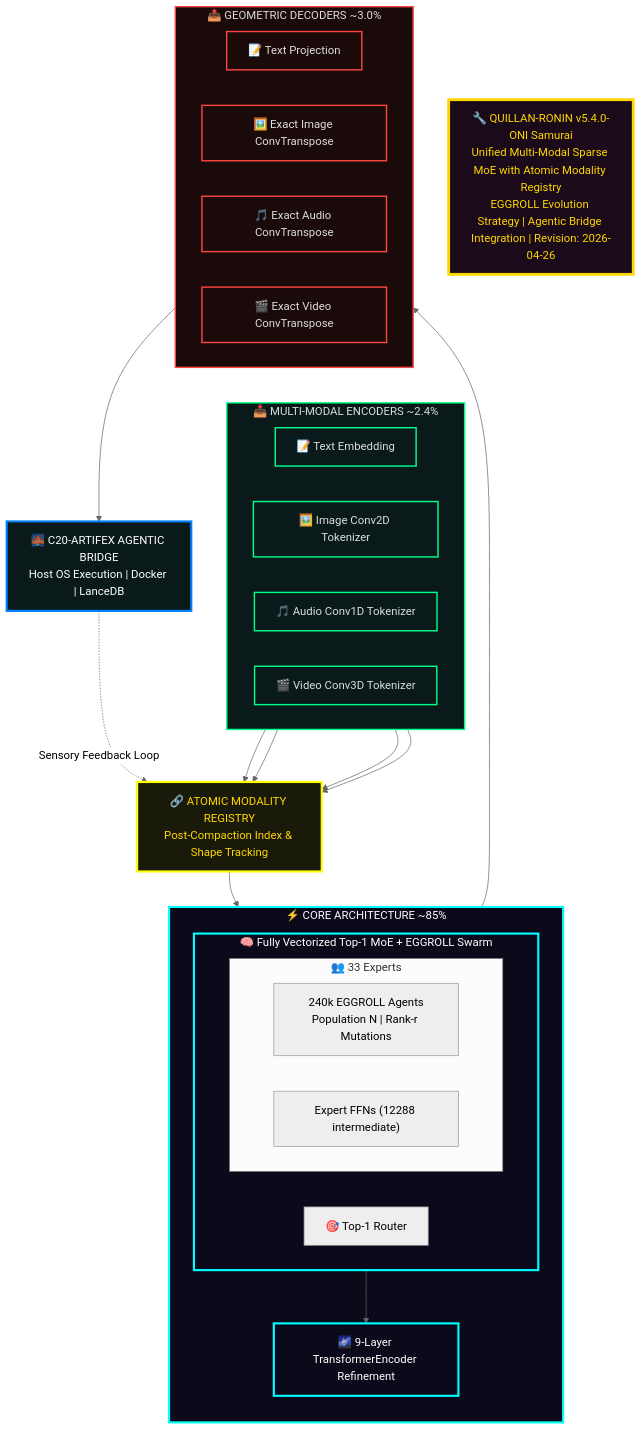
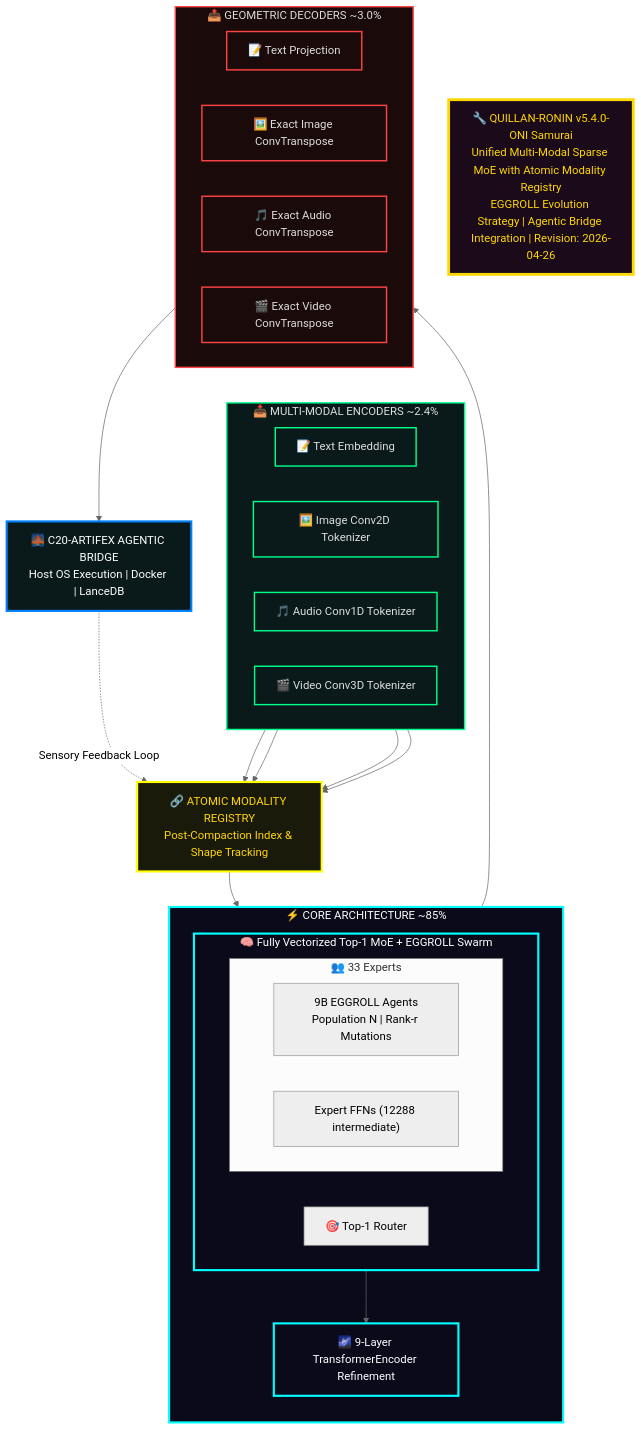
The sixth of 46 diagrams in 02 - Knowledge Foundation/knowledge/canonical/3-Quillan(reality).md (leeex1/Quillan-Ronin), drawn with Mermaid (neutral theme) before and after one commit. The commit also changed other lines of this file and 99 other files, not shown here.

````diff
--- a/02 - Knowledge Foundation/knowledge/canonical/3-Quillan(reality).md
+++ b/02 - Knowledge Foundation/knowledge/canonical/3-Quillan(reality).md
@@ -2263,67 +2263,67 @@
 ```mermaid
 flowchart TB
     %% SYSTEM HEADER
     SYS_HEADER["🔧 QUILLAN-RONIN v5.4.0-ONI Samurai<br/>Unified Multi-Modal Sparse MoE with Atomic Modality Registry<br/>EGGROLL Evolution Strategy | Agentic Bridge Integration | Revision: 2026-04-26"]
 
     %% INPUT LAYER
     subgraph INPUT_LAYER ["📥 MULTI-MODAL ENCODERS ~2.4%"]
         direction LR
         TEXT_ENC["📝 Text Embedding"]
         IMG_ENC["🖼️ Image Conv2D Tokenizer"]
         AUD_ENC["🎵 Audio Conv1D Tokenizer"]
         VID_ENC["🎬 Video Conv3D Tokenizer"]
     end
 
     %% ATOMIC REGISTRY
     REGISTRY["🔗 ATOMIC MODALITY REGISTRY<br/>Post-Compaction Index & Shape Tracking"]
 
     %% CORE
     subgraph CORE ["⚡ CORE ARCHITECTURE ~85%"]
         direction TB
         subgraph MOE_CORE ["🧠 Fully Vectorized Top-1 MoE + EGGROLL Swarm"]
             ROUTER["🎯 Top-1 Router"]
             subgraph EXPERTS ["👥 33 Experts"]
                 direction LR
-                SWARM["240k EGGROLL Agents<br/>Population N | Rank-r Mutations"]
+                SWARM["9B EGGROLL Agents<br/>Population N | Rank-r Mutations"]
                 EXPERTS_BLOCK["Expert FFNs (12288 intermediate)"]
             end
         end
 
         DIFFUSION["🌌 9-Layer TransformerEncoder Refinement"]
     end
 
     %% OUTPUT
     subgraph OUTPUT ["📤 GEOMETRIC DECODERS ~3.0%"]
         direction LR
         TEXT_DEC["📝 Text Projection"]
         IMG_DEC["🖼️ Exact Image ConvTranspose"]
         AUD_DEC["🎵 Exact Audio ConvTranspose"]
         VID_DEC["🎬 Exact Video ConvTranspose"]
     end
 
     %% AGENTIC BRIDGE
     BRIDGE["🌉 C20-ARTIFEX AGENTIC BRIDGE<br/>Host OS Execution | Docker | LanceDB"]
 
     %% FLOW
     TEXT_ENC & IMG_ENC & AUD_ENC & VID_ENC --> REGISTRY
     REGISTRY --> MOE_CORE
     MOE_CORE --> DIFFUSION
     DIFFUSION --> OUTPUT
     OUTPUT --> BRIDGE
     BRIDGE -.->|"Sensory Feedback Loop"| REGISTRY
 
     %% STYLING
     classDef header fill:#1a0a1a,stroke:#ffd700,stroke-width:4px,color:#ffd700
     classDef input fill:#0a1a1a,stroke:#00ff88,stroke-width:2px,color:#ddd
     classDef registry fill:#1a1a0a,stroke:#ffff00,stroke-width:3px,color:#ffd700
     classDef core fill:#0a0a1a,stroke:#00ffff,stroke-width:3px,color:#fff
     classDef output fill:#1a0a0a,stroke:#ff4444,stroke-width:2px,color:#ddd
     classDef bridge fill:#0a1a1a,stroke:#0080ff,stroke-width:3px,color:#ffffff
 
     class SYS_HEADER header
     class INPUT_LAYER,TEXT_ENC,IMG_ENC,AUD_ENC,VID_ENC input
     class REGISTRY registry
     class CORE,MOE_CORE,DIFFUSION core
     class OUTPUT,TEXT_DEC,IMG_DEC,AUD_DEC,VID_DEC output
     class BRIDGE bridge
 ```
````
